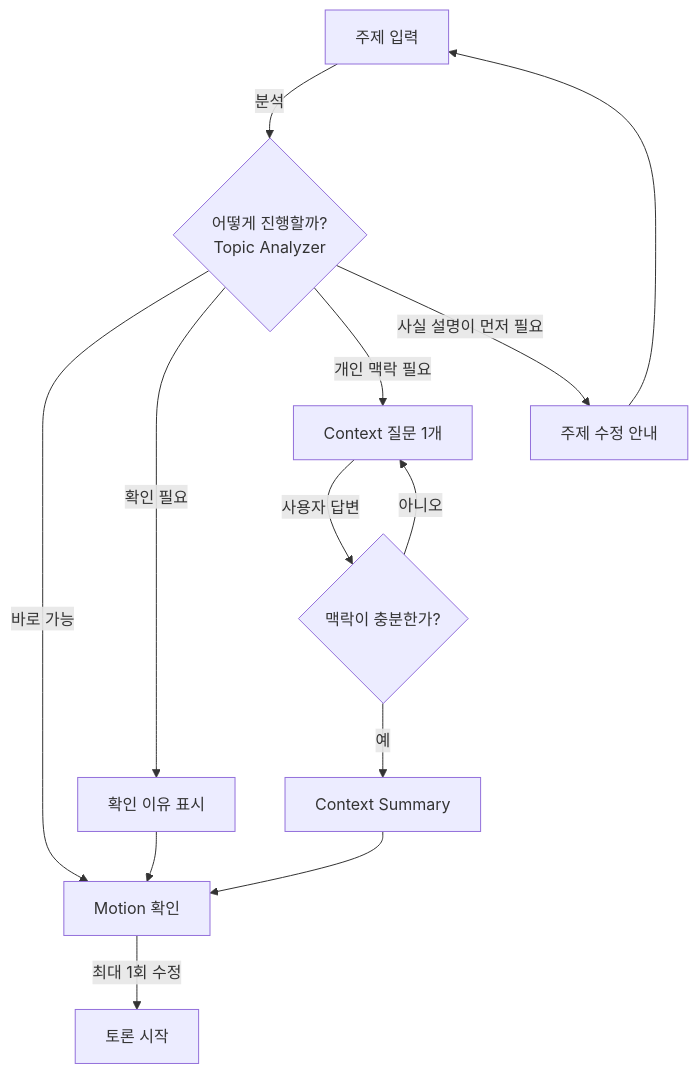
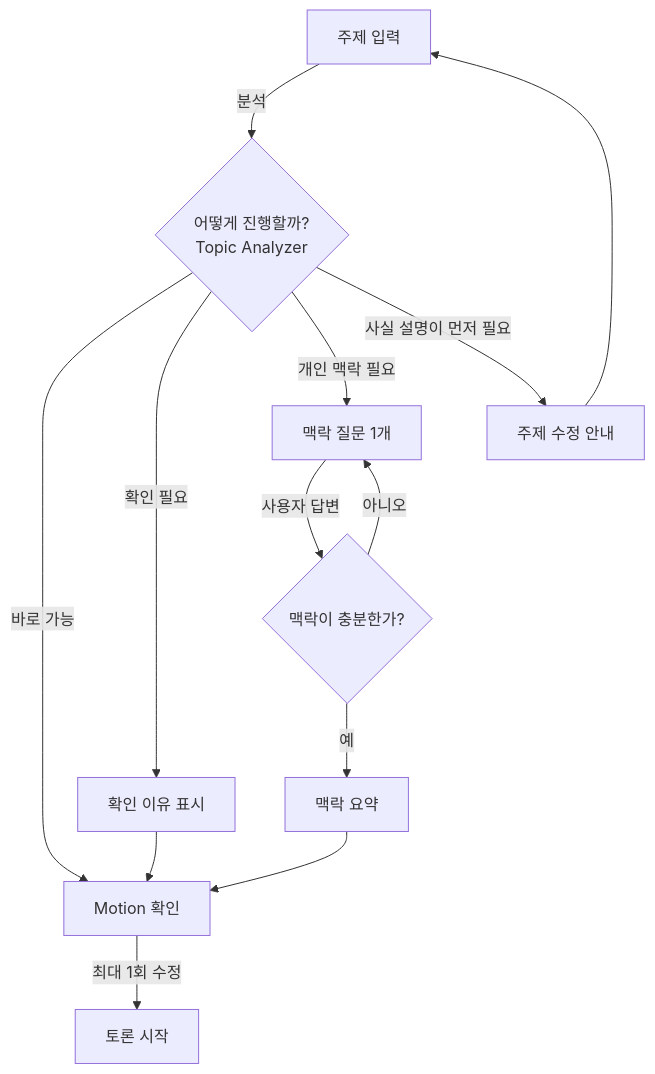
Before and after one commit to hodob/A1-3: the first of 5 diagrams in README.md, drawn with Mermaid. The commit also changed other lines of this file, not shown here.

First line of the commit message:
docs: fix Mermaid layouts and tighten README review items

```diff
--- a/README.md
+++ b/README.md
@@ -45,17 +45,17 @@
 ~~~mermaid
 flowchart TD
     A[주제 입력] -->|분석| B{"어떻게 진행할까?<br/>Topic Analyzer"}
     B -->|바로 가능| M[Motion 확인]
     B -->|확인 필요| C[확인 이유 표시]
     C --> M
 
-    B -->|개인 맥락 필요| D[Context 질문 1개]
+    B -->|개인 맥락 필요| D[맥락 질문 1개]
     D -->|사용자 답변| E{맥락이 충분한가?}
     E -->|아니오| D
-    E -->|예| F[Context Summary]
+    E -->|예| F[맥락 요약]
     F --> M
 
     B -->|사실 설명이 먼저 필요| I[주제 수정 안내]
     I --> A
     M -->|최대 1회 수정| Z[토론 시작]
 ~~~
```
